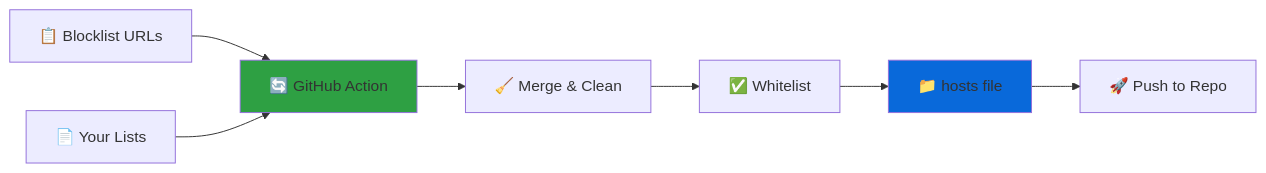
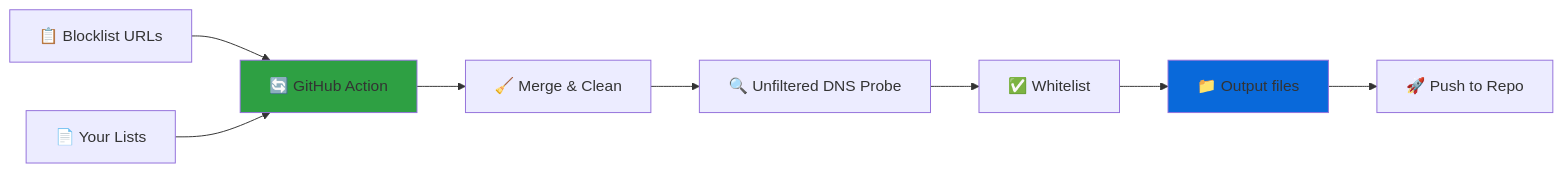
Before and after one commit to AlexRabbit/ADios: the diagram in README.md, drawn with Mermaid. The commit also changed other lines of this file and 9 other files, not shown here.

First line of the commit message:
fix: unfiltered DNS probe, probe_cache, DNSCrypt sections, AdGuard output

````diff
--- a/README.md
+++ b/README.md
@@ -44,11 +44,12 @@
 ```mermaid
 flowchart LR
     A[📋 Blocklist URLs] --> B[🔄 GitHub Action]
     C[📄 Your Lists] --> B
     B --> D[🧹 Merge & Clean]
-    D --> E[✅ Whitelist]
-    E --> F[📁 hosts file]
+    D --> P[🔍 Unfiltered DNS Probe]
+    P --> E[✅ Whitelist]
+    E --> F[📁 Output files]
     F --> G[🚀 Push to Repo]
     style B fill:#2ea043
     style F fill:#0969da
 ```
````
